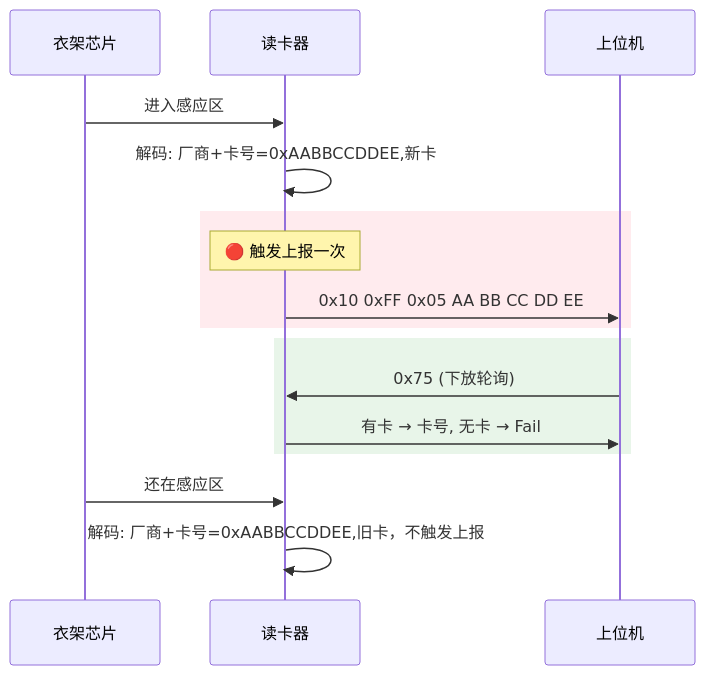
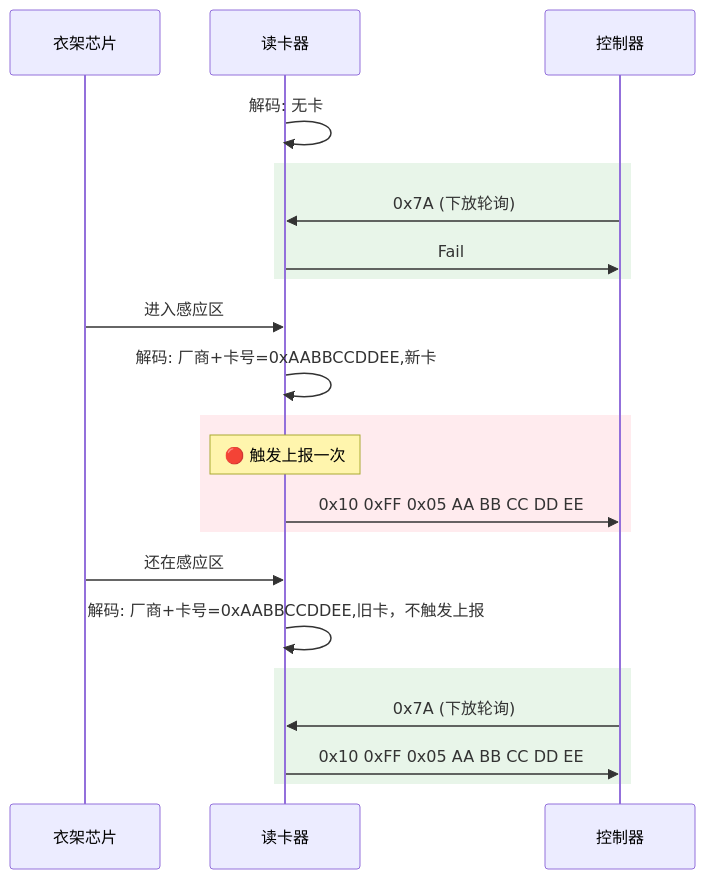
One commit to Siaiai/ObsidianNote changed the third of 5 diagrams in 工作/[[SR3读卡器]]/260804SR3新框架整理.md. Above: the diagram before and after it, drawn with Mermaid. The commit also changed other lines of this file, not shown here.

````diff
--- a/工作/[[SR3读卡器]]/260804SR3新框架整理.md
+++ b/工作/[[SR3读卡器]]/260804SR3新框架整理.md
@@ -135,20 +153,29 @@
 ```mermaid
 sequenceDiagram
     participant 衣架芯片
     participant 读卡器
-    participant 上位机
-
+    participant 控制器
+    
+	读卡器->>读卡器: 解码: 无卡
+	
+    rect rgb(232, 245, 233)
+        控制器->>读卡器: 0x7A (下放轮询)
+        读卡器->>控制器: Fail
+    end
+    
     衣架芯片->>读卡器: 进入感应区
     读卡器->>读卡器: 解码: 厂商+卡号=0xAABBCCDDEE,新卡
 
     rect rgb(255, 235, 238)
         Note over 读卡器: 🔴 触发上报一次
-        读卡器->>上位机: 0x10 0xFF 0x05 AA BB CC DD EE
+        读卡器->>控制器: 0x10 0xFF 0x05 AA BB CC DD EE
     end
-    rect rgb(232, 245, 233)
-        上位机->>读卡器: 0x75 (下放轮询)
-        读卡器->>上位机: 有卡 → 卡号, 无卡 → Fail
-    end
+
     衣架芯片->>读卡器: 还在感应区
     读卡器->>读卡器: 解码: 厂商+卡号=0xAABBCCDDEE,旧卡，不触发上报
+    
+    rect rgb(232, 245, 233)
+        控制器->>读卡器: 0x7A (下放轮询)
+        读卡器->>控制器: 0x10 0xFF 0x05 AA BB CC DD EE
+    end
 ```
````
